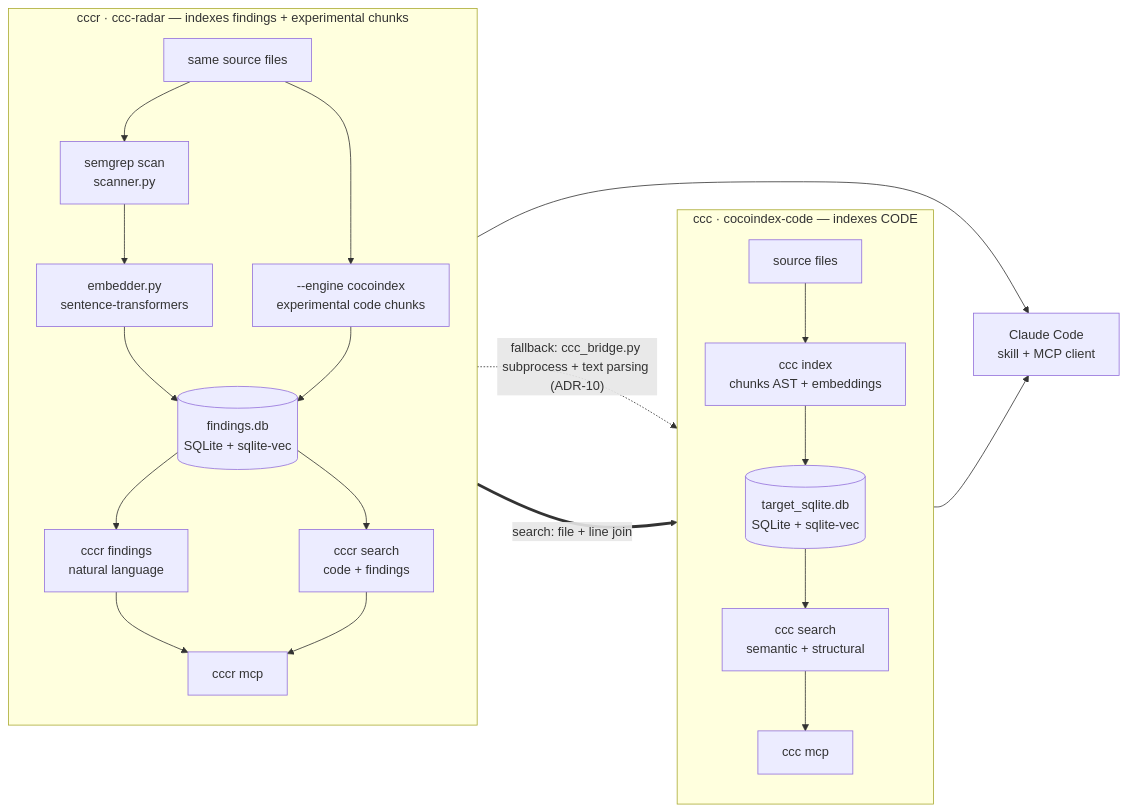
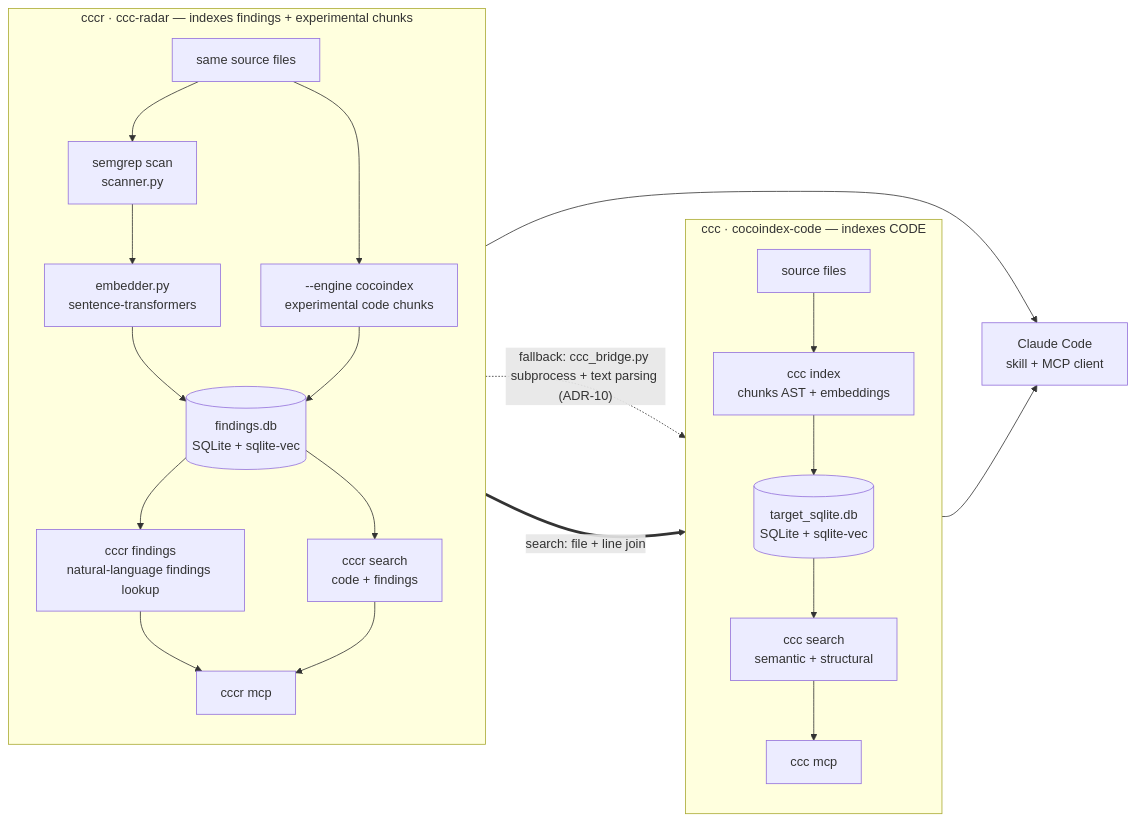
Before and after one commit to elkouhen/ccc-findings: the diagram in README.md, drawn with Mermaid. The commit also changed other lines of this file and 1 other file, not shown here.

Commit message:
docs: clarify cccr findings lookup

````diff
--- a/README.md
+++ b/README.md
@@ -29,39 +29,39 @@
 ```mermaid
 flowchart LR
     subgraph ccc["ccc · cocoindex-code — indexes CODE"]
         direction TB
         CODE["source files"] --> CIDX["ccc index
 chunks AST + embeddings"]
         CIDX --> CDB[("target_sqlite.db
 SQLite + sqlite-vec")]
         CDB --> CSEARCH["ccc search
 semantic + structural"]
         CSEARCH --> CMCP["ccc mcp"]
     end
 
     subgraph cccr["cccr · ccc-radar — indexes findings + experimental chunks"]
         direction TB
         REPO["same source files"] --> SCAN["semgrep scan
 scanner.py"]
         SCAN --> EMB["embedder.py
 sentence-transformers"]
         EMB --> FDB[("findings.db
 SQLite + sqlite-vec")]
         REPO --> XCHUNKS["--engine cocoindex
 experimental code chunks"]
         XCHUNKS --> FDB
         FDB --> FFIND["cccr findings
-natural language"]
+natural-language findings lookup"]
         FDB --> FSEARCH["cccr search
 code + findings"]
         FFIND --> FMCP["cccr mcp"]
         FSEARCH --> FMCP
     end
 
     FSEARCH -. "fallback: ccc_bridge.py subprocess + text parsing (ADR-10)" .-> CSEARCH
     FMCP == "search: file + line join" ==> CMCP
 
     CMCP --> AGENT["Claude Code
 skill + MCP client"]
     FMCP --> AGENT
 ```
````
